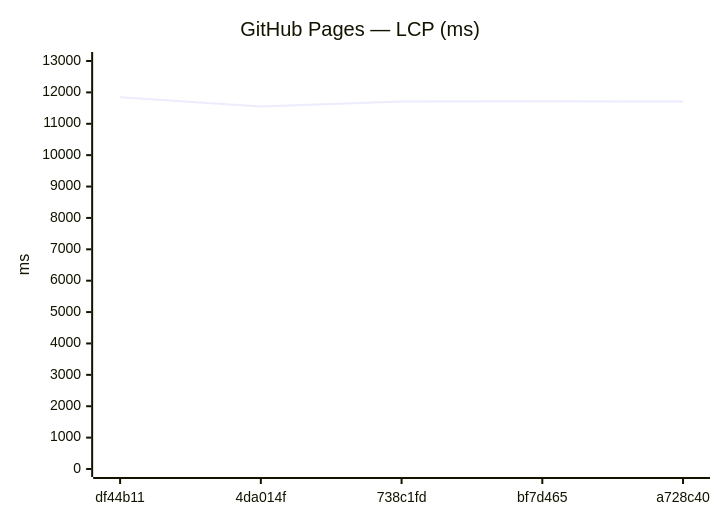
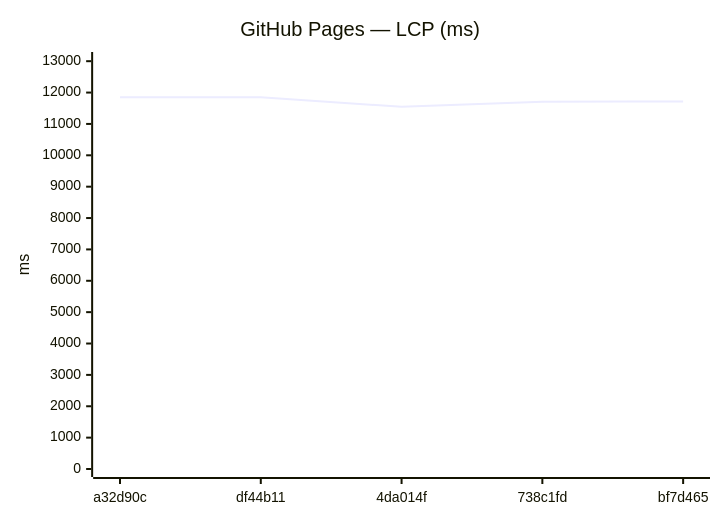
One commit to Metaheurist/Rianell changed diagram 11 of 24 in benchmarks/compare.md. Above: the diagram before and after it, drawn with Mermaid. The commit also changed other lines of this file and 12 other files, not shown here.

````diff
--- a/benchmarks/compare.md
+++ b/benchmarks/compare.md
@@ -169,7 +169,7 @@
 ```mermaid
 xychart-beta
     title "GitHub Pages — LCP (ms)"
-    x-axis ["df44b11", "4da014f", "738c1fd", "bf7d465", "a728c40"]
-    y-axis "ms" 0 --> 13032
-    line [11847, 11548, 11710, 11718, 11707]
+    x-axis ["a32d90c", "df44b11", "4da014f", "738c1fd", "bf7d465"]
+    y-axis "ms" 0 --> 13038
+    line [11852, 11847, 11548, 11710, 11718]
 ```
````
